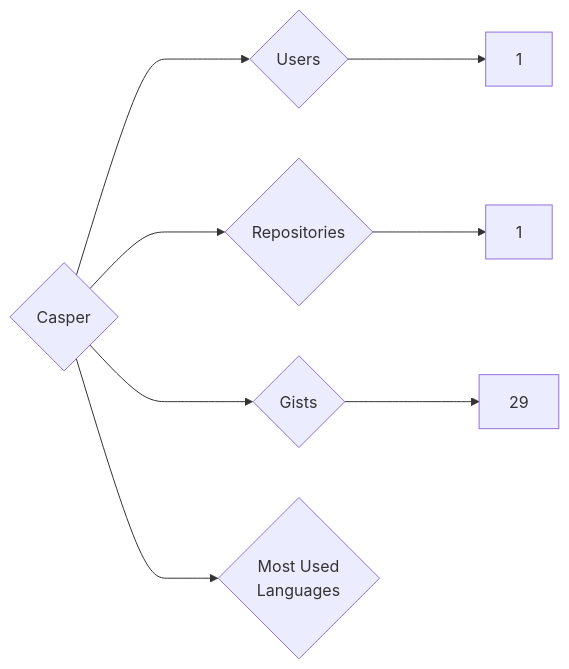
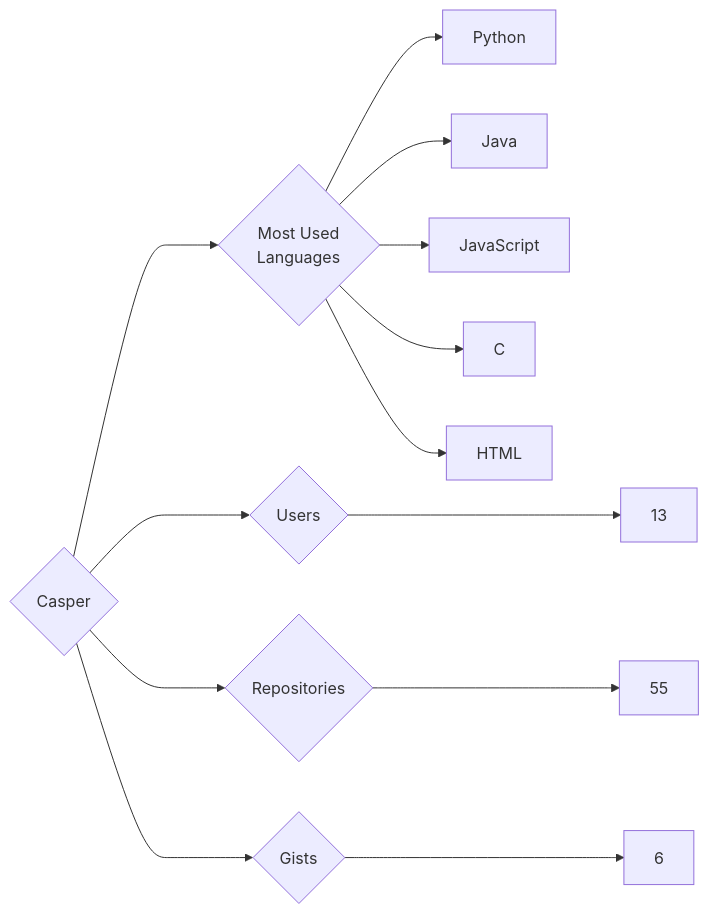
Before and after one commit to trickest/insiders: the diagram in targets/Casper/README.md, drawn with Mermaid. The commit also changed 721 other files, not shown here.

````diff
--- a/targets/Casper/README.md
+++ b/targets/Casper/README.md
@@ -3,8 +3,13 @@
 ```mermaid
 graph LR
 COMPANY_NAME{Casper}
-COMPANY_NAME ---> U{Users} ---> UN[1]
-COMPANY_NAME ---> R{Repositories} ---> RN[1]
-COMPANY_NAME ---> G{Gists} ---> GN[29]
+COMPANY_NAME ---> U{Users} ---> UN[13]
+COMPANY_NAME ---> R{Repositories} ---> RN[55]
+COMPANY_NAME ---> G{Gists} ---> GN[6]
 COMPANY_NAME ---> ML{Most Used<br>Languages}
+ML --> Python[Python]
+ML --> Java[Java]
+ML --> JavaScript[JavaScript]
+ML --> C[C]
+ML --> HTML[HTML]
 ```
````
